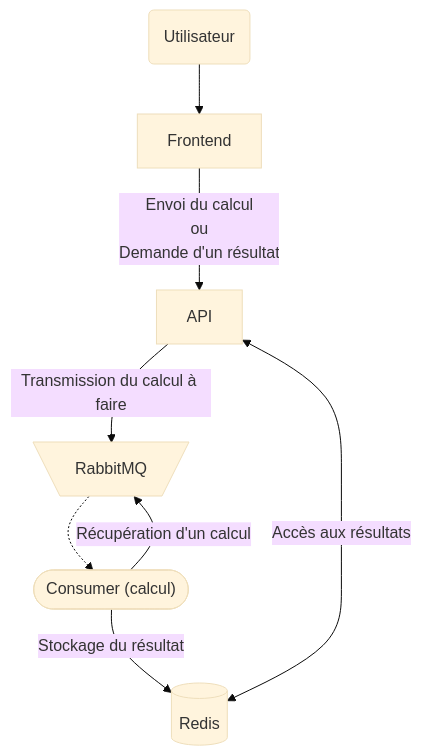
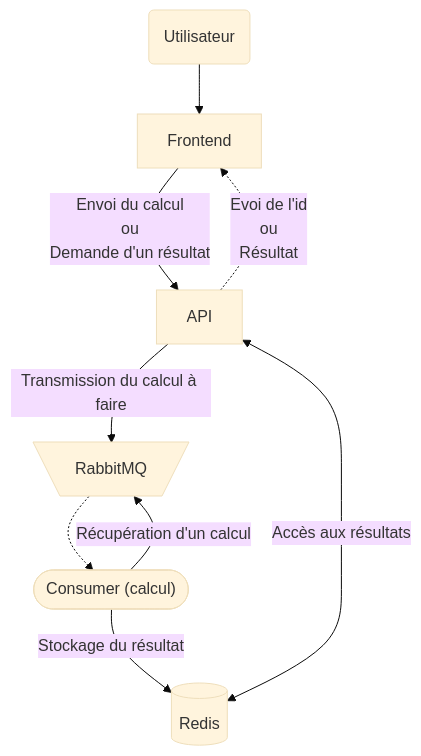
One commit to Noureddine-t/virtualisation-et-cloud-computing changed the second of 2 diagrams in Projet/README.md. Above: the diagram before and after it, drawn with Mermaid (base theme). The commit also changed other lines of this file, not shown here.

````diff
--- a/Projet/README.md
+++ b/Projet/README.md
@@ -58,8 +69,8 @@
 ```mermaid
     graph TB; 
         A(Utilisateur) --> B[Frontend]
-        B -->|"Envoi du calcul <br> ou <br> Demande d'un résultat"| C[API]
+        B -->|"Envoi du calcul <br> ou <br> Demande d'un résultat"| C[API] -.-> |Evoi de l'id <br> ou <br> Résultat|B
         C -->|Transmission du calcul à faire| E[\RabbitMQ/] -.-> F(["Consumer (calcul)"]) -->|Récupération d'un calcul| E
         F -->|Stockage du résultat| D
         C <-->|Accès aux résultats| D[(Redis)]
 ```
````
